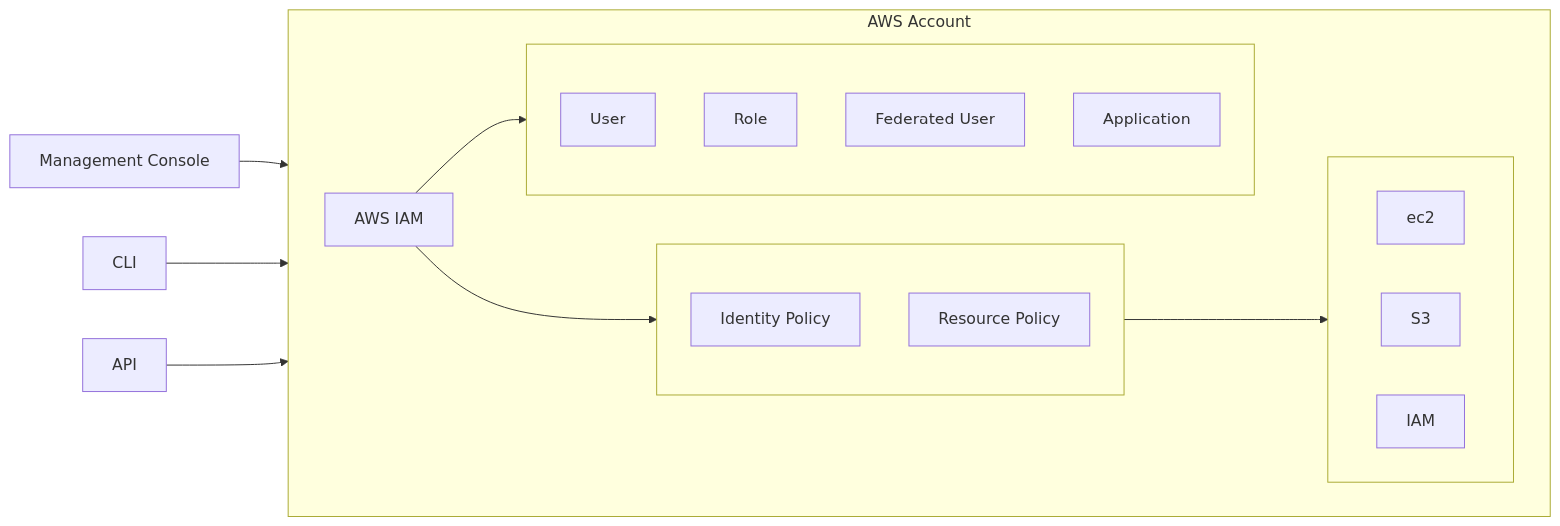
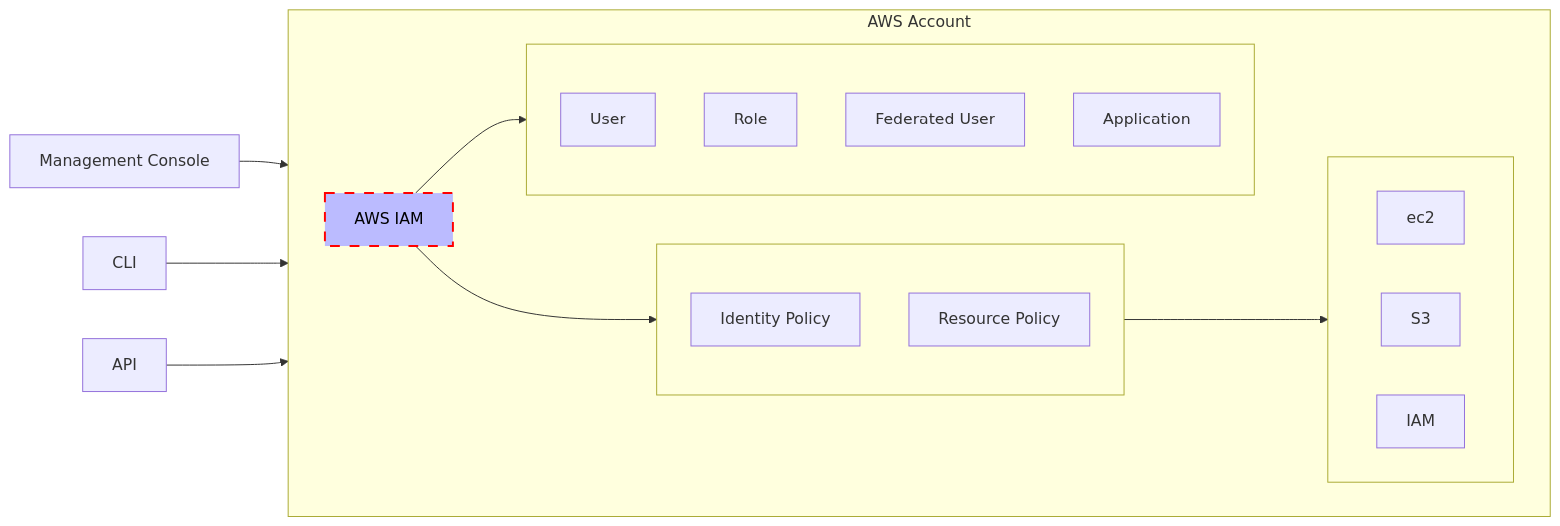
One commit to CSpyridakis/notes changed the second of 4 diagrams in AWS/services/iam.md. Above: the diagram before and after it, drawn with Mermaid. The commit also changed other lines of this file, not shown here.

Commit message:
Update IAM documentation of AWS

````diff
--- a/AWS/services/iam.md
+++ b/AWS/services/iam.md
@@ -48,41 +51,43 @@
 ```mermaid
 flowchart LR
 
   console["Management Console"]
   cli["CLI"]
   api["API"]
 
   console--> iam
   cli --> iam
   api --> iam
 
   subgraph awsAccount["AWS Account"]
     direction LR
 
     subgraph resources[" "]
       direction LR
         ec2
         S3
         IAM
     end
 
     subgraph policies[" "]
       direction TB
       identPolicy["Identity Policy"]
       resouPolicy["Resource Policy"]
     end
 
-    iam["AWS IAM"] --> iamvals["Users"]
+    iam["AWS IAM"]:::important --> iamvals["Users"]
 
     subgraph iamvals[" "]
       direction TB
       users["User"]
       role["Role"]
       federatedUser["Federated User"]
       application["Application"]
     end
 
     iam --> policies
     policies --> resources
   end
+
+  classDef important fill:#bbf,stroke:#f00,stroke-width:2px,color:#000,stroke-dasharray: 10 10
 ```
````
